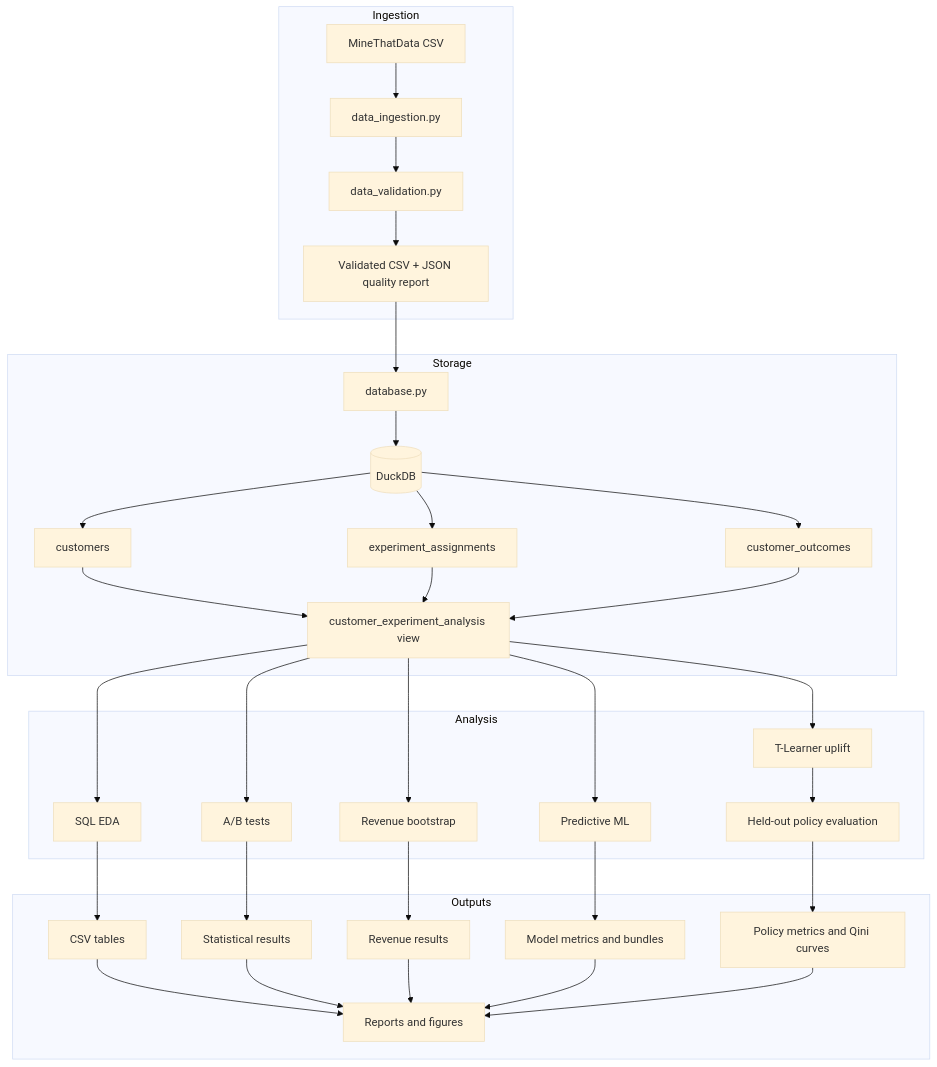
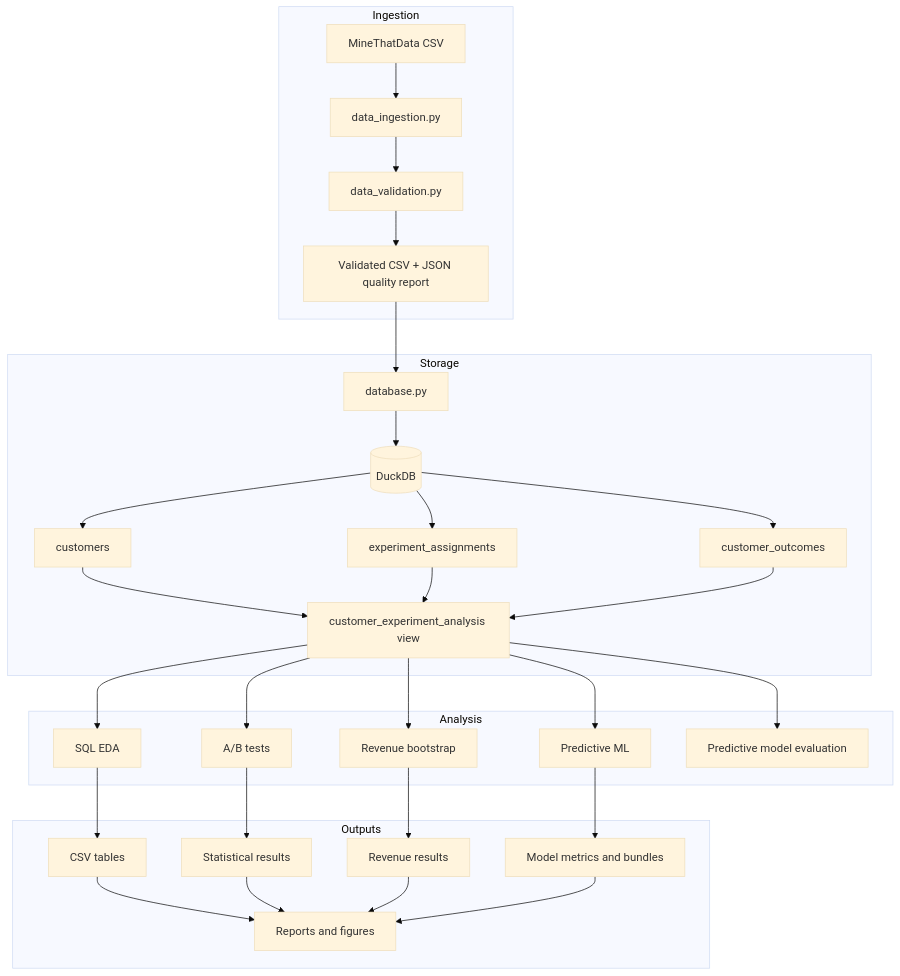
One commit to abrarhuda/marketing changed the diagram in docs/architecture.md. Above: the diagram before and after it, drawn with Mermaid (base theme). The commit also changed other lines of this file and 25 other files, not shown here.

````diff
--- a/docs/architecture.md
+++ b/docs/architecture.md
@@ -7,41 +7,38 @@
 ```mermaid
 flowchart TD
     subgraph Ingestion
         A[MineThatData CSV] --> B[data_ingestion.py]
         B --> C[data_validation.py]
         C --> D[Validated CSV + JSON quality report]
     end
 
     subgraph Storage
         D --> E[database.py]
         E --> F[(DuckDB)]
         F --> F1[customers]
         F --> F2[experiment_assignments]
         F --> F3[customer_outcomes]
         F1 --> G[customer_experiment_analysis view]
         F2 --> G
         F3 --> G
     end
 
     subgraph Analysis
         G --> H[SQL EDA]
         G --> I[A/B tests]
         G --> J[Revenue bootstrap]
         G --> K[Predictive ML]
-        G --> L[T-Learner uplift]
-        L --> M[Held-out policy evaluation]
+        G --> L[Predictive model evaluation]
     end
 
     subgraph Outputs
         H --> N[CSV tables]
         I --> O[Statistical results]
         J --> P[Revenue results]
         K --> Q[Model metrics and bundles]
-        M --> R[Policy metrics and Qini curves]
         N --> S[Reports and figures]
         O --> S
         P --> S
         Q --> S
-        R --> S
     end
 ```
````
